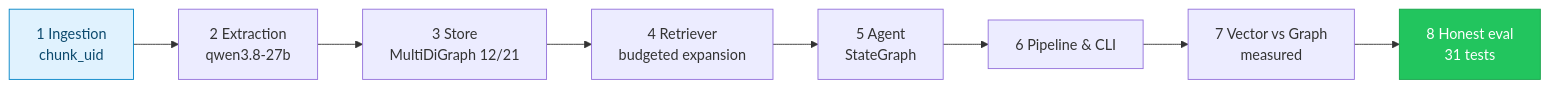
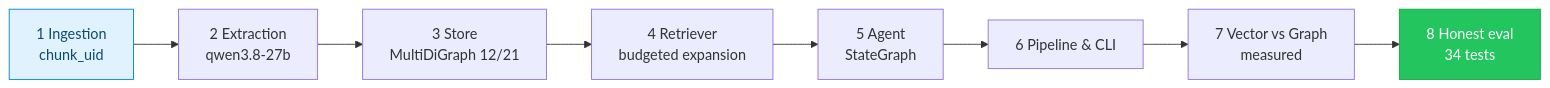
One commit to manishwvn/graph_rag changed the first of 7 diagrams in README.md. Above: the diagram before and after it, drawn with Mermaid. The commit also changed other lines of this file and 5 other files, not shown here.

````diff
--- a/README.md
+++ b/README.md
@@ -38,12 +38,12 @@
 ```mermaid
 graph LR
   E1["1 Ingestion<br/>chunk_uid"] --> E2["2 Extraction<br/>qwen3.8-27b"]
   E2 --> E3["3 Store<br/>MultiDiGraph 12/21"]
   E3 --> E4["4 Retriever<br/>budgeted expansion"]
   E4 --> E5["5 Agent<br/>StateGraph"]
   E5 --> E6["6 Pipeline & CLI"]
   E6 --> E7["7 Vector vs Graph<br/>measured"]
-  E7 --> E8["8 Honest eval<br/>31 tests"]
+  E7 --> E8["8 Honest eval<br/>34 tests"]
   style E8 fill:#22C55E,stroke:#16A34A,color:#fff
   style E1 fill:#E0F2FE,stroke:#0284C7,color:#0C4A6E
 ```
````
